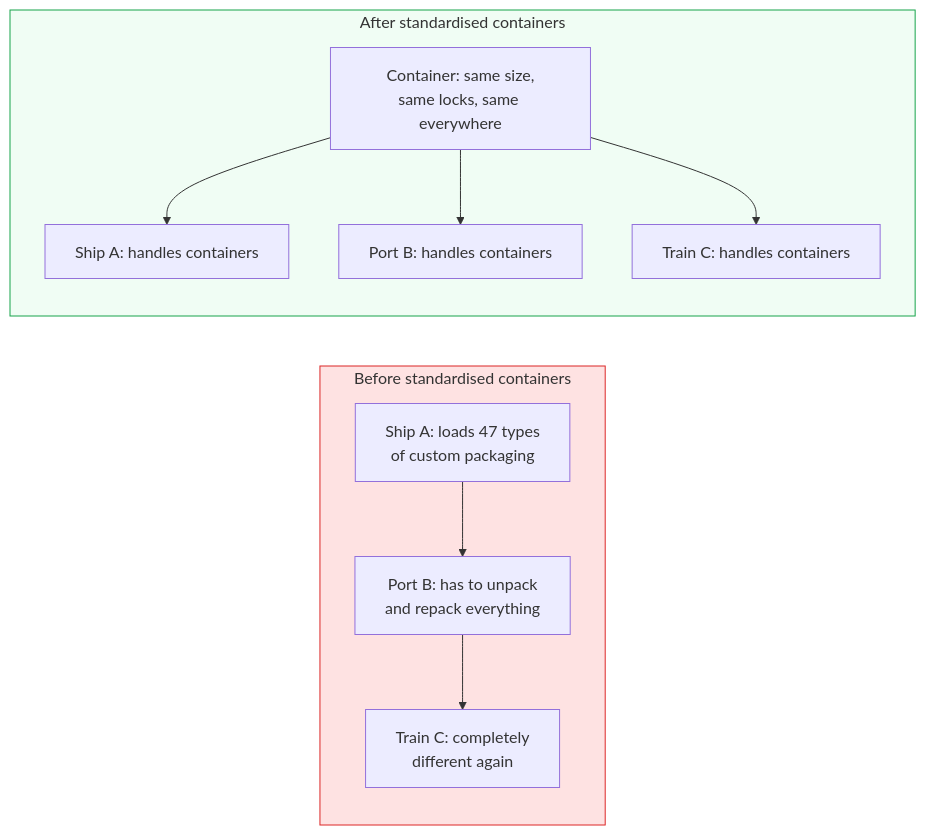
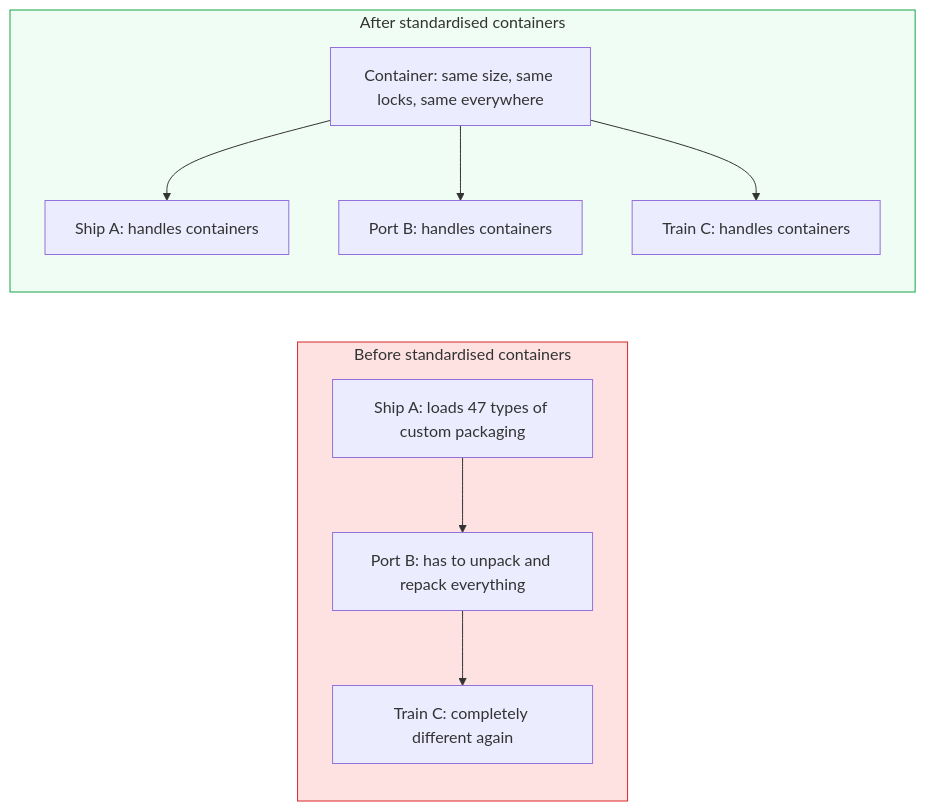
One commit to Ch3w3y/docker_gcp changed the first of 7 diagrams in docs/docker-containers.md. Above: the diagram before and after it, drawn with Mermaid. The commit also changed other lines of this file and 10 other files, not shown here.

First line of the commit message:
Fix mermaid diagram rendering: replace literal \n with spaces

````diff
--- a/docs/docker-containers.md
+++ b/docs/docker-containers.md
@@ -36,24 +36,24 @@
 ```mermaid
 flowchart LR
     subgraph Before["Before standardised containers"]
         direction TB
-        S1["Ship A: loads 47 types\nof custom packaging"]
-        S2["Port B: has to unpack\nand repack everything"]
-        S3["Train C: completely\ndifferent again"]
+        S1["Ship A: loads 47 types of custom packaging"]
+        S2["Port B: has to unpack and repack everything"]
+        S3["Train C: completely different again"]
         S1 --> S2 --> S3
     end
 
     subgraph After["After standardised containers"]
         direction TB
-        C["Container: same size,\nsame locks, same everywhere"]
+        C["Container: same size, same locks, same everywhere"]
         P1["Ship A: handles containers"]
         P2["Port B: handles containers"]
         P3["Train C: handles containers"]
         C --> P1
         C --> P2
         C --> P3
     end
 
     style Before fill:#fee2e2,stroke:#dc2626
     style After fill:#f0fdf4,stroke:#16a34a
 ```
````
